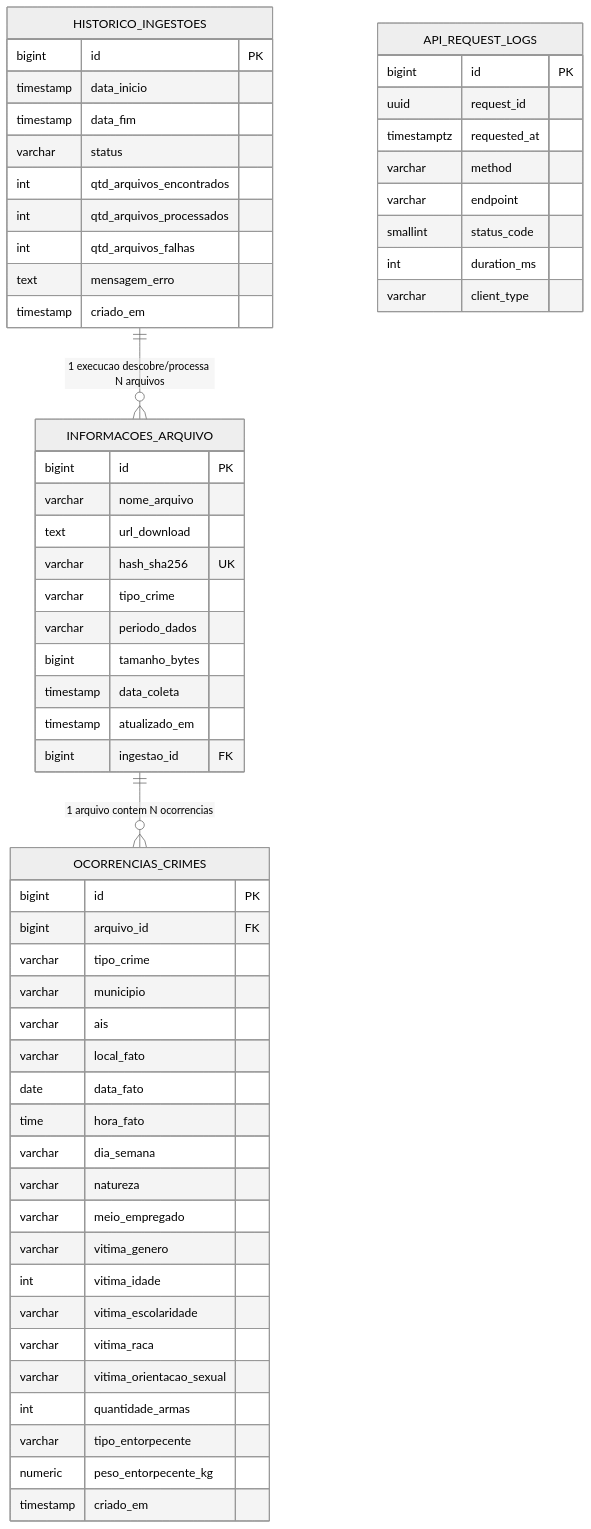
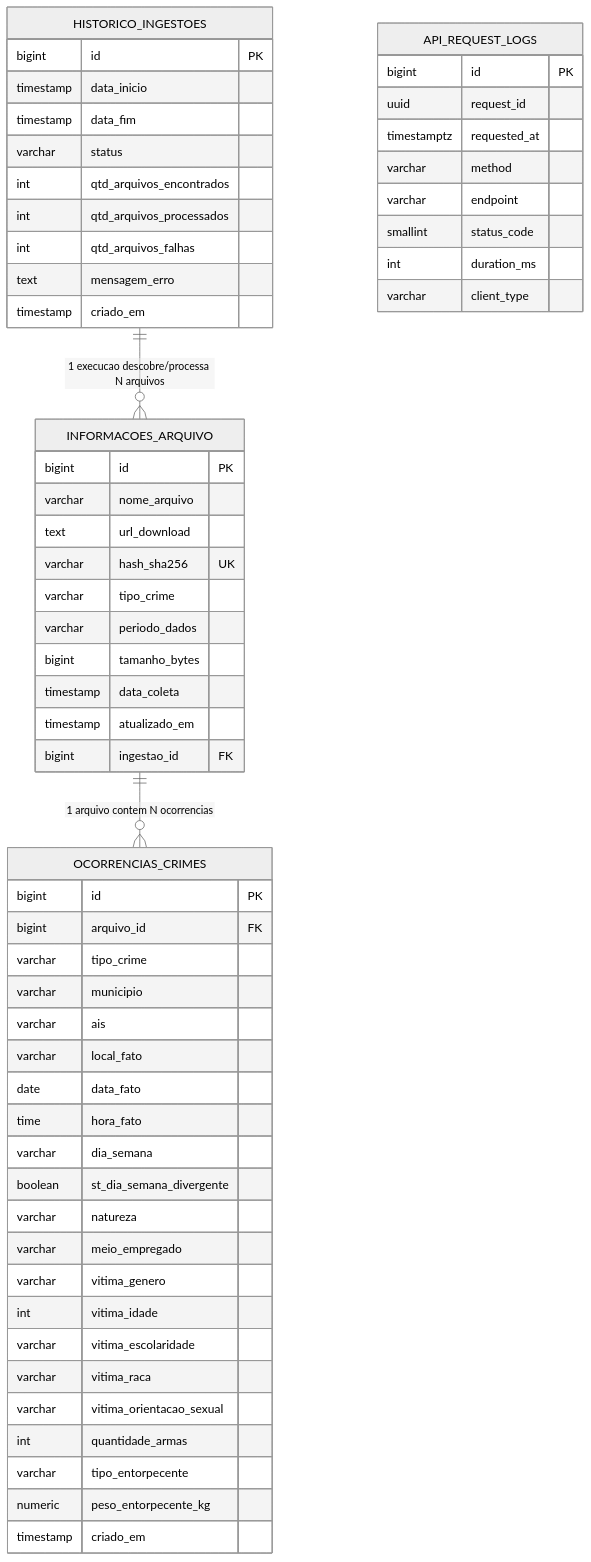
One commit to lucaspbds/api_sspds changed the diagram in docs/database.md. Above: the diagram before and after it, drawn with Mermaid (neutral theme). The commit also changed other lines of this file, not shown here.

Commit message:
docs(database): adiciona coluna st_dia_semana_divergente na documentacao

````diff
--- a/docs/database.md
+++ b/docs/database.md
@@ -18,64 +18,65 @@
 ```mermaid
 erDiagram
     HISTORICO_INGESTOES ||--o{ INFORMACOES_ARQUIVO : "1 execucao descobre/processa N arquivos"
     INFORMACOES_ARQUIVO ||--o{ OCORRENCIAS_CRIMES : "1 arquivo contem N ocorrencias"
 
     HISTORICO_INGESTOES {
         bigint id PK
         timestamp data_inicio
         timestamp data_fim
         varchar status
         int qtd_arquivos_encontrados
         int qtd_arquivos_processados
         int qtd_arquivos_falhas
         text mensagem_erro
         timestamp criado_em
     }
 
     INFORMACOES_ARQUIVO {
         bigint id PK
         varchar nome_arquivo
         text url_download
         varchar hash_sha256 UK
         varchar tipo_crime
         varchar periodo_dados
         bigint tamanho_bytes
         timestamp data_coleta
         timestamp atualizado_em
         bigint ingestao_id FK
     }
 
     OCORRENCIAS_CRIMES {
         bigint id PK
         bigint arquivo_id FK
         varchar tipo_crime
         varchar municipio
         varchar ais
         varchar local_fato
         date data_fato
         time hora_fato
         varchar dia_semana
+        boolean st_dia_semana_divergente
         varchar natureza
         varchar meio_empregado
         varchar vitima_genero
         int vitima_idade
         varchar vitima_escolaridade
         varchar vitima_raca
         varchar vitima_orientacao_sexual
         int quantidade_armas
         varchar tipo_entorpecente
         numeric peso_entorpecente_kg
         timestamp criado_em
     }
 
     API_REQUEST_LOGS {
         bigint id PK
         uuid request_id
         timestamptz requested_at
         varchar method
         varchar endpoint
         smallint status_code
         int duration_ms
         varchar client_type
     }
 ```
````
